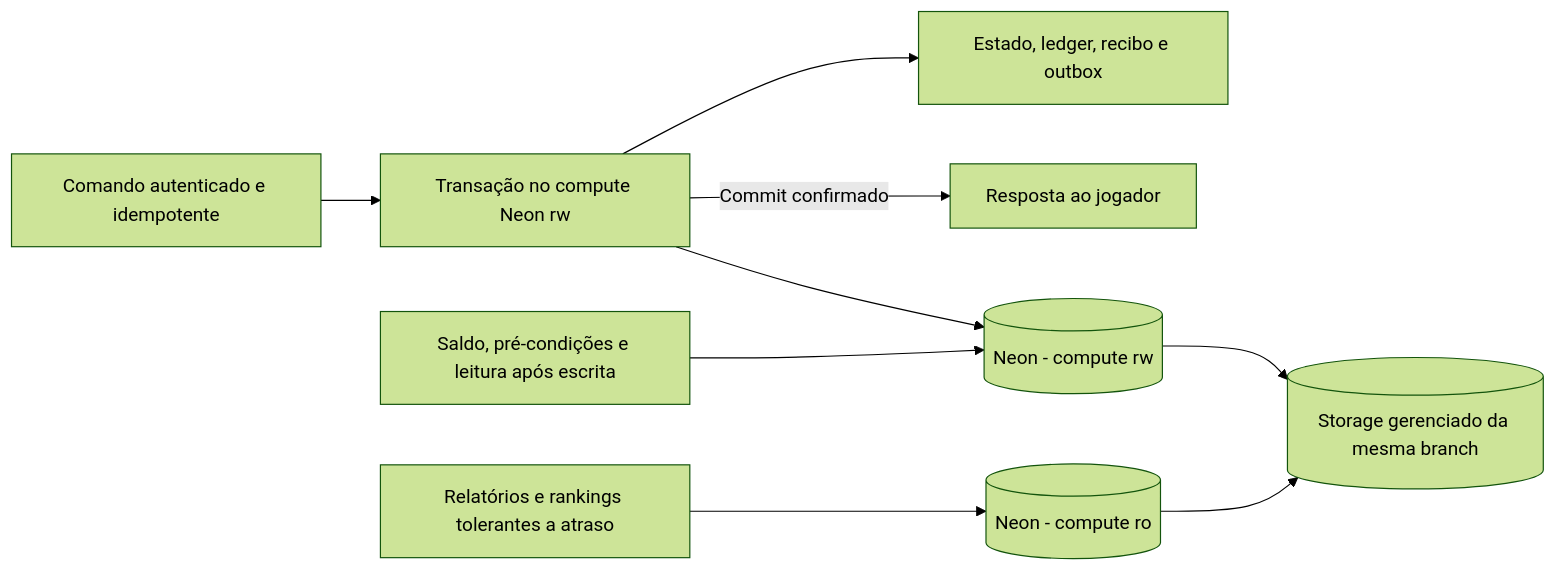
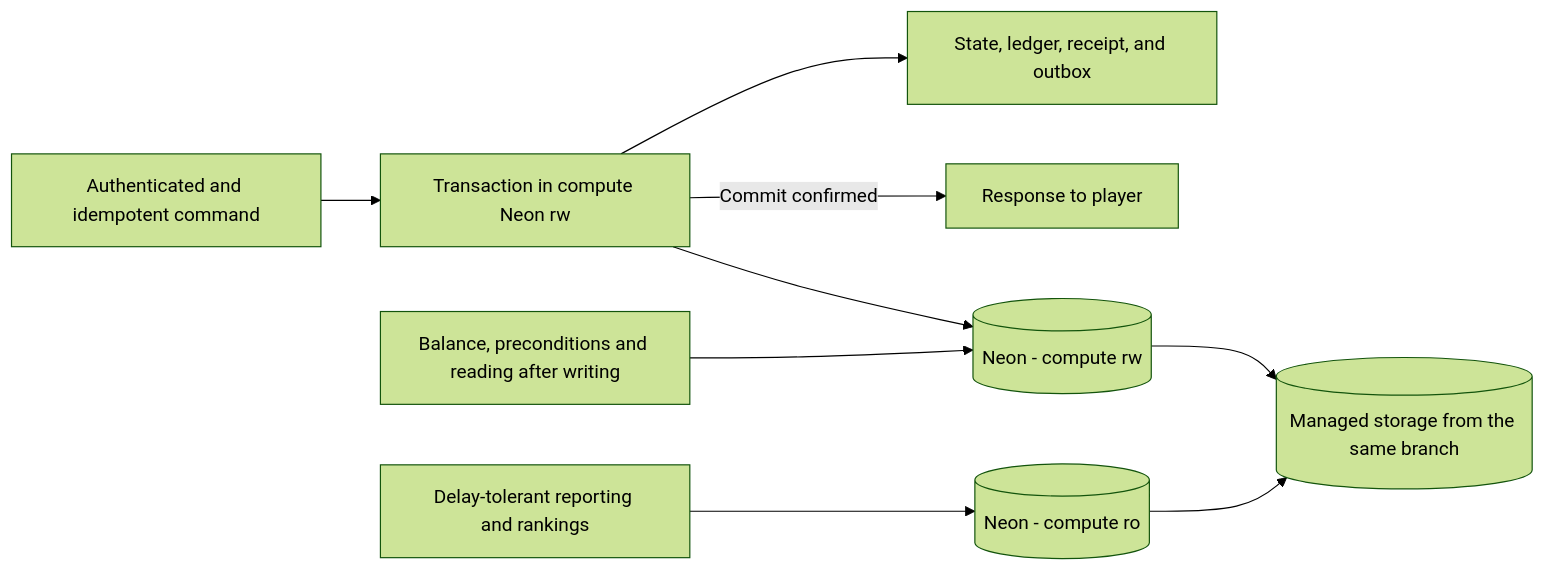
Before and after one commit to ReeseArch64/opencok: the fourth of 14 diagrams in .github/ARCHITECTURE.md, drawn with Mermaid (forest theme). The commit also changed other lines of this file and 10 other files, not shown here.

````diff
--- a/.github/ARCHITECTURE.md
+++ b/.github/ARCHITECTURE.md
@@ -436,11 +434,11 @@
 ```mermaid
 flowchart LR
-  command[Comando autenticado e idempotente] --> tx[Transação no compute Neon rw]
-  tx --> state[Estado, ledger, recibo e outbox]
-  tx -->|Commit confirmado| response[Resposta ao jogador]
-  rw[(Neon - compute rw)] --> storage[(Storage gerenciado da mesma branch)]
+  command[Authenticated and idempotent command] --> tx[Transaction in compute Neon rw]
+  tx --> state[State, ledger, receipt, and outbox]
+  tx -->|Commit confirmed| response[Response to player]
+  rw[(Neon - compute rw)] --> storage[(Managed storage from the same branch)]
   ro[(Neon - compute ro)] --> storage
   tx --> rw
-  critical[Saldo, pré-condições e leitura após escrita] --> rw
-  reports[Relatórios e rankings tolerantes a atraso] --> ro
+  critical[Balance, preconditions and reading after writing] --> rw
+  reports[Delay-tolerant reporting and rankings] --> ro
 ```
````
